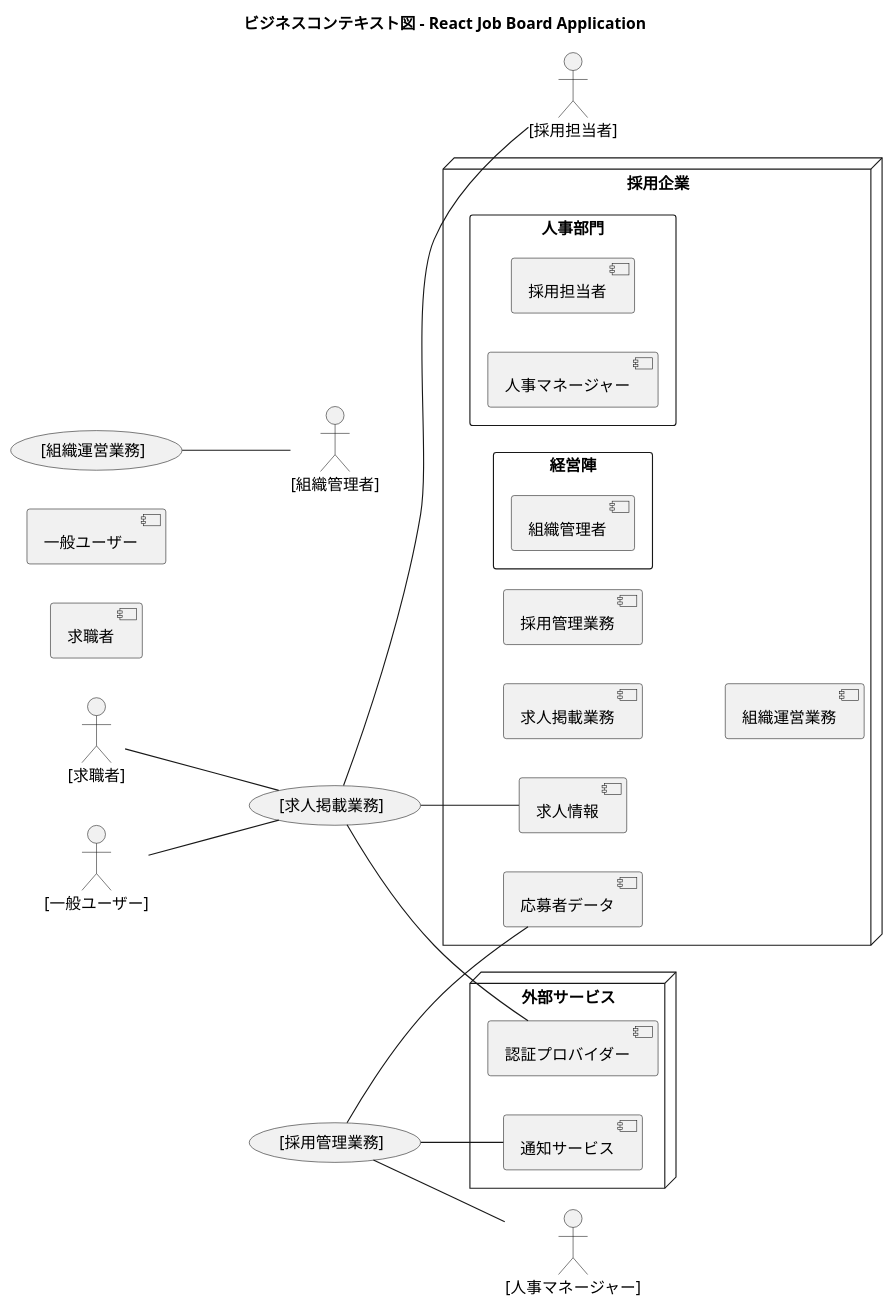
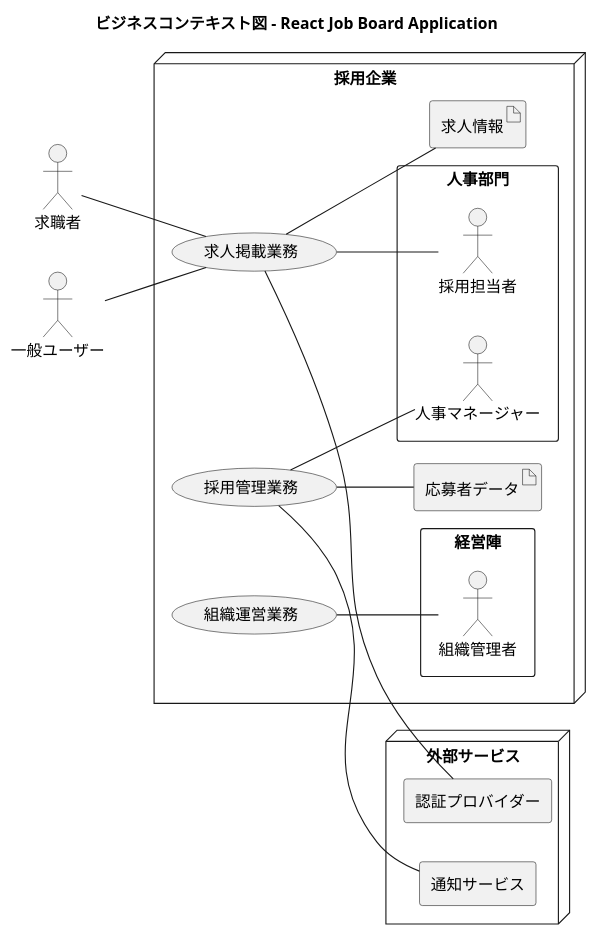
One commit to k2works/ai-programing-exercise changed the third of 14 diagrams in docs/requirements/requirements_definition.md. Above: the diagram before and after it, drawn with PlantUML. The commit also changed other lines of this file, not shown here.

First line of the commit message:
style: fix PlantUML actor notation in requirements definition

````diff
--- a/docs/requirements/requirements_definition.md
+++ b/docs/requirements/requirements_definition.md
@@ -124,48 +124,48 @@
 ```plantuml
 @startuml
 
 title ビジネスコンテキスト図 - React Job Board Application
 
 left to right direction
 
-actor [求職者]
-actor [一般ユーザー]
+actor 求職者
+actor 一般ユーザー
 
-node [採用企業] {
-  rectangle [人事部門] {
-    actor [採用担当者]
-    actor [人事マネージャー]
+node 採用企業 {
+  rectangle 人事部門 {
+    actor 採用担当者
+    actor 人事マネージャー
   }
   
-  rectangle [経営陣] {
-    actor [組織管理者]
+  rectangle 経営陣 {
+    actor 組織管理者
   }
   
-  usecase [求人掲載業務]
-  usecase [採用管理業務]
-  usecase [組織運営業務]
+  usecase 求人掲載業務
+  usecase 採用管理業務
+  usecase 組織運営業務
   
-  artifact [求人情報]
-  artifact [応募者データ]
+  artifact 求人情報
+  artifact 応募者データ
 }
 
-node [外部サービス] {
-  agent [認証プロバイダー]
-  agent [通知サービス]
+node 外部サービス {
+  agent 認証プロバイダー
+  agent 通知サービス
 }
 
-:[求職者]: -- ([求人掲載業務])
-:[一般ユーザー]: -- ([求人掲載業務])
+:求職者: -- (求人掲載業務)
+:一般ユーザー: -- (求人掲載業務)
 
-([求人掲載業務]) -- :[採用担当者]:
-([採用管理業務]) -- :[人事マネージャー]:
-([組織運営業務]) -- :[組織管理者]:
+(求人掲載業務) -- :採用担当者:
+(採用管理業務) -- :人事マネージャー:
+(組織運営業務) -- :組織管理者:
 
-([求人掲載業務]) -- [求人情報]
-([採用管理業務]) -- [応募者データ]
+(求人掲載業務) -- 求人情報
+(採用管理業務) -- 応募者データ
 
-([求人掲載業務]) -- [認証プロバイダー]
-([採用管理業務]) -- [通知サービス]
+(求人掲載業務) -- 認証プロバイダー
+(採用管理業務) -- 通知サービス
 
 @enduml
 ```
````
